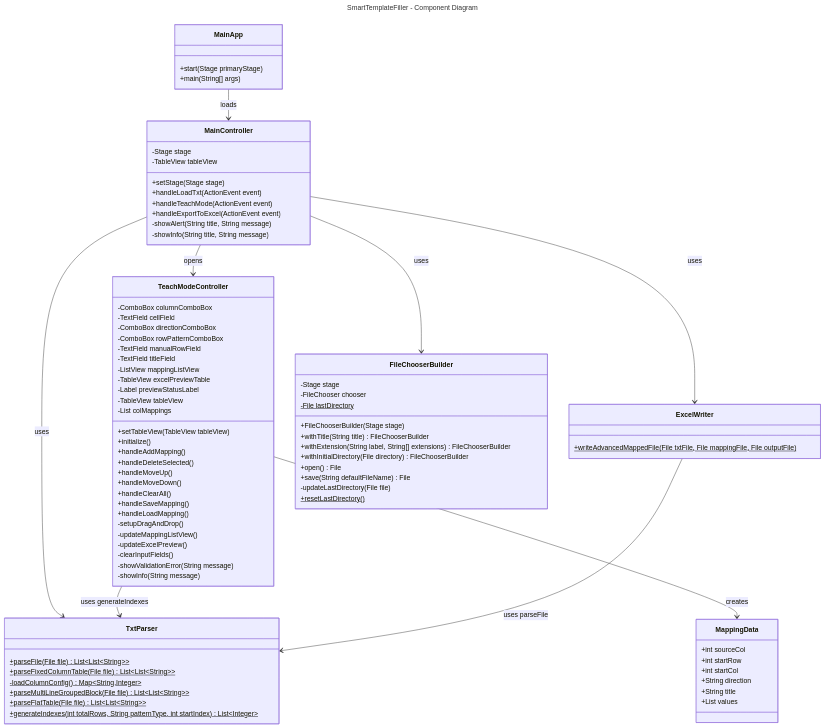
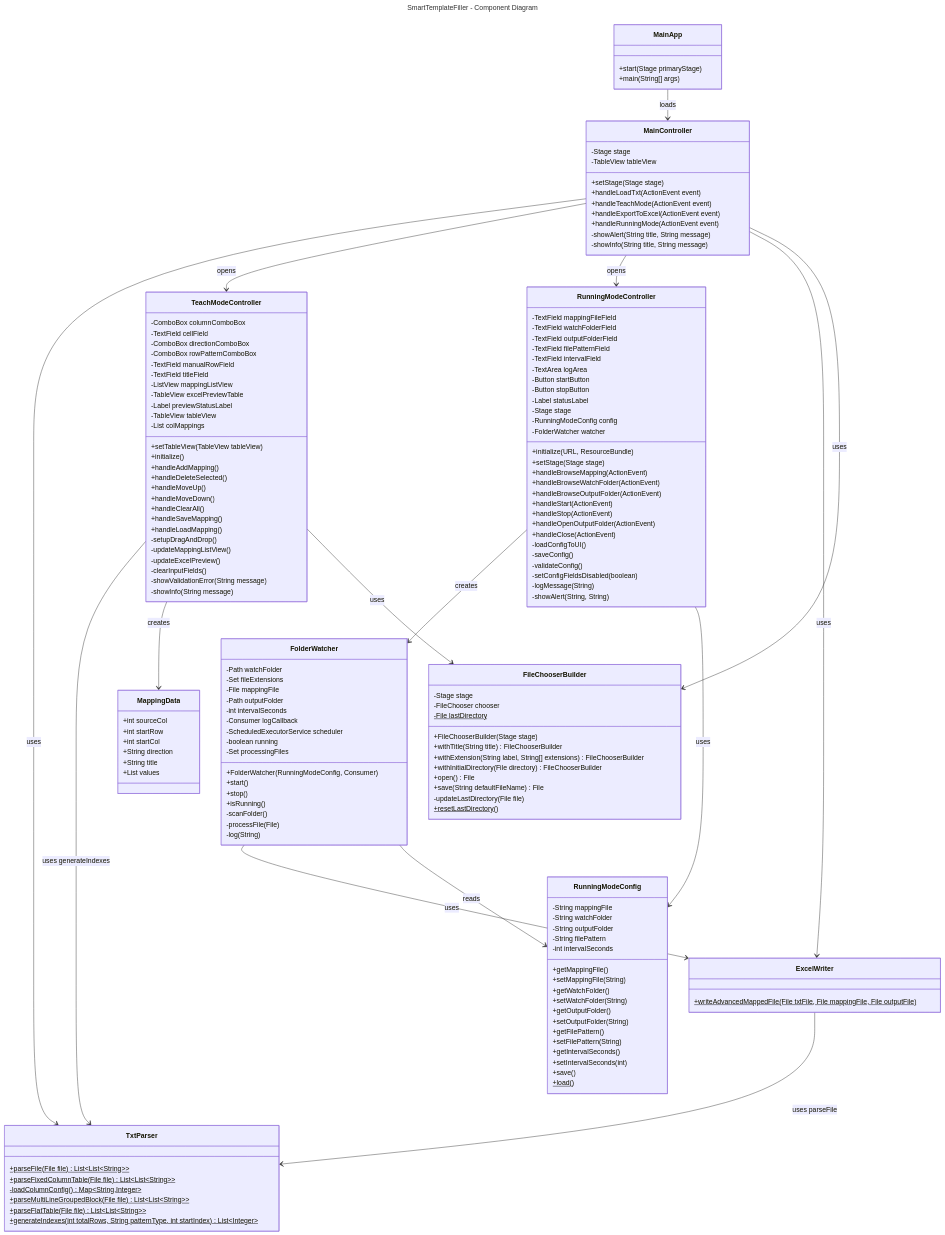
Before and after one commit to drake4964/SmartTemplateFiller: the diagram in docs/diagrams/component-diagram.mmd, drawn with Mermaid. The commit also changed 12 other files, not shown here.

```diff
--- a/docs/diagrams/component-diagram.mmd
+++ b/docs/diagrams/component-diagram.mmd
@@ -1,93 +1,169 @@
 ---
 title: SmartTemplateFiller - Component Diagram
 ---
 classDiagram
     class MainApp {
         +start(Stage primaryStage)
         +main(String[] args)
     }
     
     class MainController {
         -Stage stage
         -TableView tableView
         +setStage(Stage stage)
         +handleLoadTxt(ActionEvent event)
         +handleTeachMode(ActionEvent event)
         +handleExportToExcel(ActionEvent event)
+        +handleRunningMode(ActionEvent event)
         -showAlert(String title, String message)
         -showInfo(String title, String message)
     }
     
     class TeachModeController {
         -ComboBox columnComboBox
         -TextField cellField
         -ComboBox directionComboBox
         -ComboBox rowPatternComboBox
         -TextField manualRowField
         -TextField titleField
         -ListView mappingListView
         -TableView excelPreviewTable
         -Label previewStatusLabel
         -TableView tableView
         -List colMappings
         +setTableView(TableView tableView)
         +initialize()
         +handleAddMapping()
         +handleDeleteSelected()
         +handleMoveUp()
         +handleMoveDown()
         +handleClearAll()
         +handleSaveMapping()
         +handleLoadMapping()
         -setupDragAndDrop()
         -updateMappingListView()
         -updateExcelPreview()
         -clearInputFields()
         -showValidationError(String message)
         -showInfo(String message)
+    }
+    
+    class RunningModeController {
+        -TextField mappingFileField
+        -TextField watchFolderField
+        -TextField outputFolderField
+        -TextField filePatternField
+        -TextField intervalField
+        -TextArea logArea
+        -Button startButton
+        -Button stopButton
+        -Label statusLabel
+        -Stage stage
+        -RunningModeConfig config
+        -FolderWatcher watcher
+        +initialize(URL, ResourceBundle)
+        +setStage(Stage stage)
+        +handleBrowseMapping(ActionEvent)
+        +handleBrowseWatchFolder(ActionEvent)
+        +handleBrowseOutputFolder(ActionEvent)
+        +handleStart(ActionEvent)
+        +handleStop(ActionEvent)
+        +handleOpenOutputFolder(ActionEvent)
+        +handleClose(ActionEvent)
+        -loadConfigToUI()
+        -saveConfig()
+        -validateConfig()
+        -setConfigFieldsDisabled(boolean)
+        -logMessage(String)
+        -showAlert(String, String)
+    }
+    
+    class FolderWatcher {
+        -Path watchFolder
+        -Set fileExtensions
+        -File mappingFile
+        -Path outputFolder
+        -int intervalSeconds
+        -Consumer logCallback
+        -ScheduledExecutorService scheduler
+        -boolean running
+        -Set processingFiles
+        +FolderWatcher(RunningModeConfig, Consumer)
+        +start()
+        +stop()
+        +isRunning()
+        -scanFolder()
+        -processFile(File)
+        -log(String)
+    }
+    
+    class RunningModeConfig {
+        -String mappingFile
+        -String watchFolder
+        -String outputFolder
+        -String filePattern
+        -int intervalSeconds
+        +getMappingFile()
+        +setMappingFile(String)
+        +getWatchFolder()
+        +setWatchFolder(String)
+        +getOutputFolder()
+        +setOutputFolder(String)
+        +getFilePattern()
+        +setFilePattern(String)
+        +getIntervalSeconds()
+        +setIntervalSeconds(int)
+        +save()
+        +load()$
     }
     
     class TxtParser {
         +parseFile(File file)$ List~List~String~~
         +parseFixedColumnTable(File file)$ List~List~String~~
         -loadColumnConfig()$ Map~String,Integer~
         +parseMultiLineGroupedBlock(File file)$ List~List~String~~
         +parseFlatTable(File file)$ List~List~String~~
         +generateIndexes(int totalRows, String patternType, int startIndex)$ List~Integer~
     }
     
     class ExcelWriter {
         +writeAdvancedMappedFile(File txtFile, File mappingFile, File outputFile)$
     }
     
     class FileChooserBuilder {
         -Stage stage
         -FileChooser chooser
         -File lastDirectory$
         +FileChooserBuilder(Stage stage)
         +withTitle(String title) FileChooserBuilder
         +withExtension(String label, String[] extensions) FileChooserBuilder
         +withInitialDirectory(File directory) FileChooserBuilder
         +open() File
         +save(String defaultFileName) File
         -updateLastDirectory(File file)
         +resetLastDirectory()$
     }
     
     class MappingData {
         +int sourceCol
         +int startRow
         +int startCol
         +String direction
         +String title
         +List values
     }
     
     MainApp --> MainController : loads
     MainController --> TxtParser : uses
     MainController --> TeachModeController : opens
+    MainController --> RunningModeController : opens
     MainController --> ExcelWriter : uses
     MainController --> FileChooserBuilder : uses
     TeachModeController --> TxtParser : uses generateIndexes
     TeachModeController --> MappingData : creates
+    TeachModeController --> FileChooserBuilder : uses
     ExcelWriter --> TxtParser : uses parseFile
+    RunningModeController --> FolderWatcher : creates
+    RunningModeController --> RunningModeConfig : uses
+    FolderWatcher --> ExcelWriter : uses
+    FolderWatcher --> RunningModeConfig : reads
```
